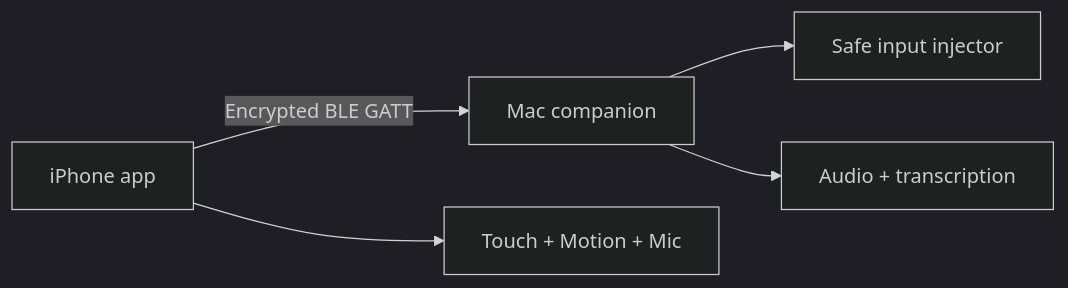
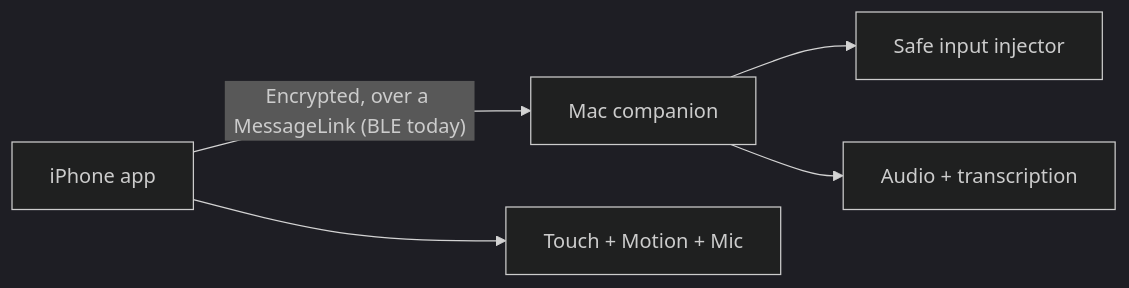
One commit to ItFeelsLikeMagic/NewMotion changed the diagram in docs/iphone_ble_remote_mvp_scope.md. Above: the diagram before and after it, drawn with Mermaid (dark theme). The commit also changed other lines of this file and 44 other files, not shown here.

````diff
--- a/docs/iphone_ble_remote_mvp_scope.md
+++ b/docs/iphone_ble_remote_mvp_scope.md
@@ -153,7 +153,7 @@
 ```mermaid
 flowchart LR
-    I["iPhone app"] -->|"Encrypted BLE GATT"| M["Mac companion"]
+    I["iPhone app"] -->|"Encrypted, over a MessageLink (BLE today)"| M["Mac companion"]
     I --> T["Touch + Motion + Mic"]
     M --> C["Safe input injector"]
     M --> S["Audio + transcription"]
 ```
````
